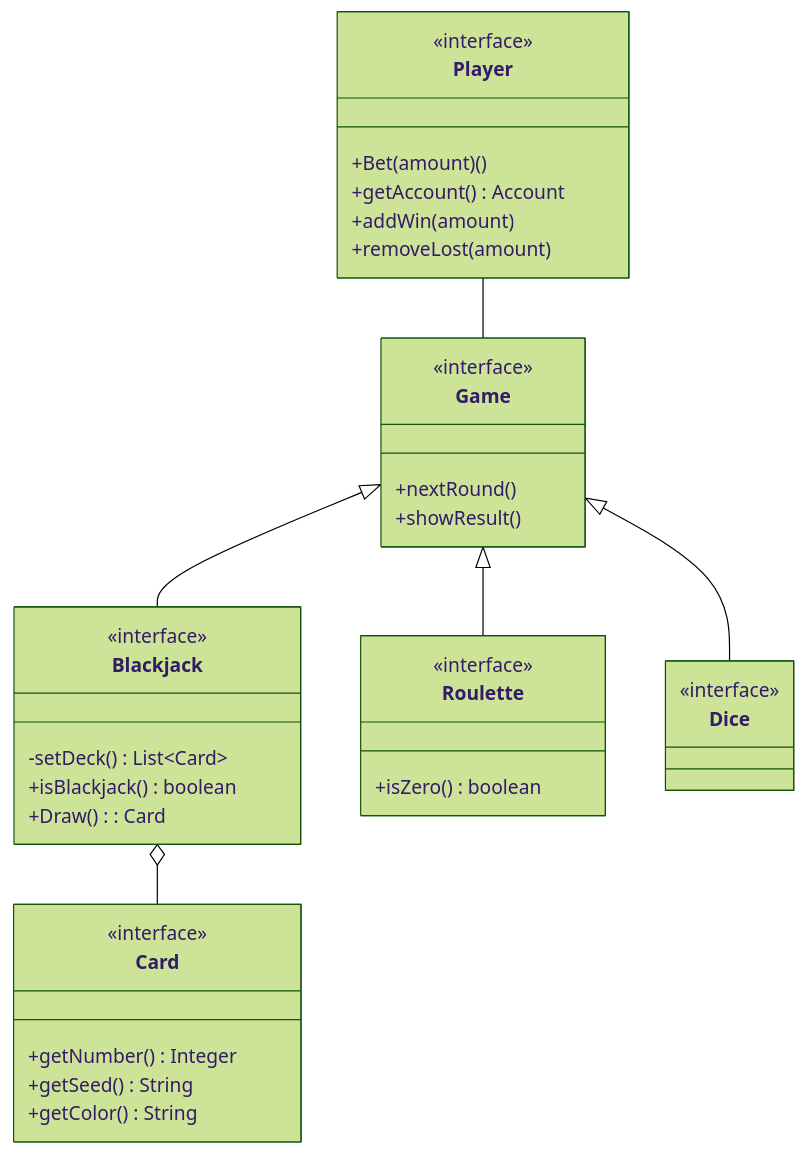
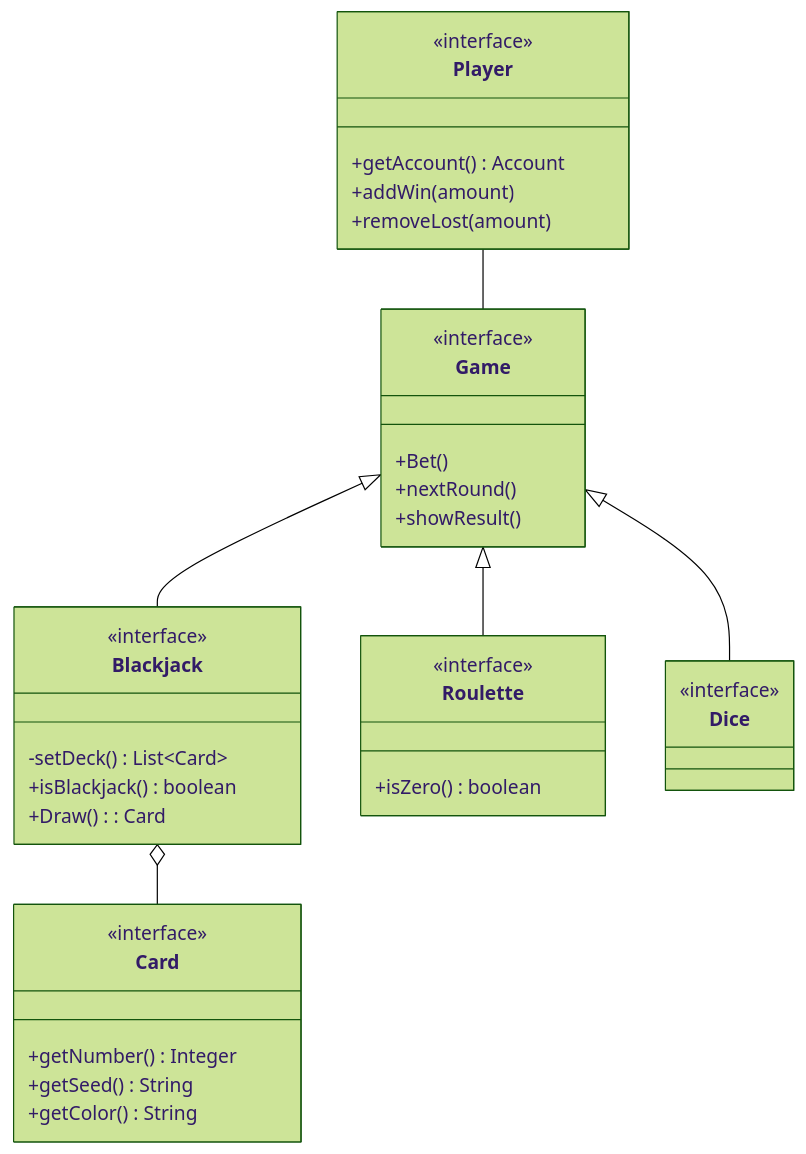
The first of 5 diagrams in README.md (MatteoCalvanico/pss23-Calvanico-Monti-Ghinelli-VirtualCasino), drawn with Mermaid (forest theme) before and after one commit. The commit also changed other lines of this file, not shown here.

Commit message:
Modify UML for Analisi

````diff
--- a/README.md
+++ b/README.md
@@ -33,47 +34,47 @@
 ```mermaid
 
 classDiagram
 class Player {
-    +Bet(amount)()
     +getAccount() Account
     +addWin(amount)
     +removeLost(amount)
 }
 <<interface>> Player
 
 class Game {
+    +Bet()
     +nextRound()
     +showResult()    
 }
 <<interface>> Game
 
 class Blackjack {
     -setDeck() List~Card~
     +isBlackjack() boolean
     +Draw(): Card
 }
 <<interface>> Blackjack
 
 class Card {
     +getNumber() Integer
     +getSeed() String
     +getColor() String
 }
 <<interface>> Card
 
 class Roulette {
     +isZero() boolean 
 }
 <<interface>> Roulette
 
 class Dice {
     
 }
 <<interface>> Dice
 
 Player -- Game
 Game <|-- Blackjack
 Game <|-- Roulette
 Game <|-- Dice
 Blackjack o-- Card
 ```
````
